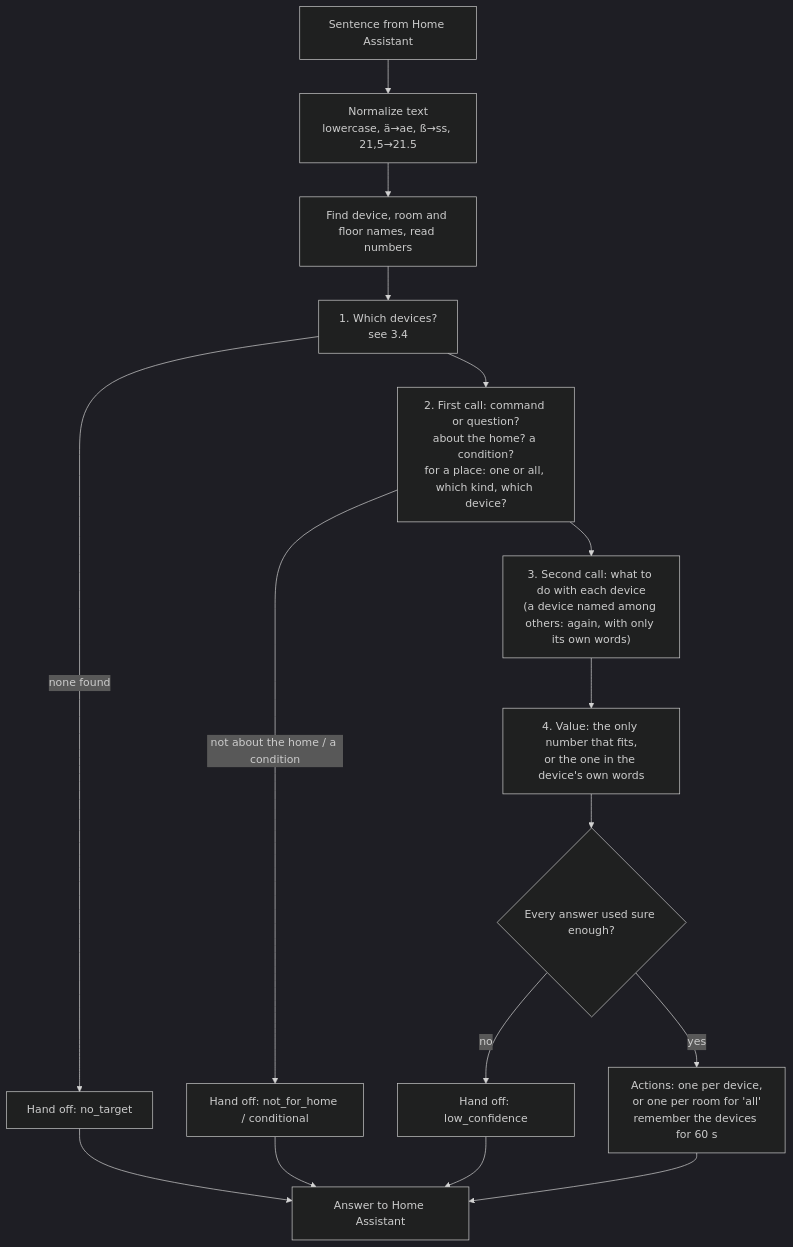
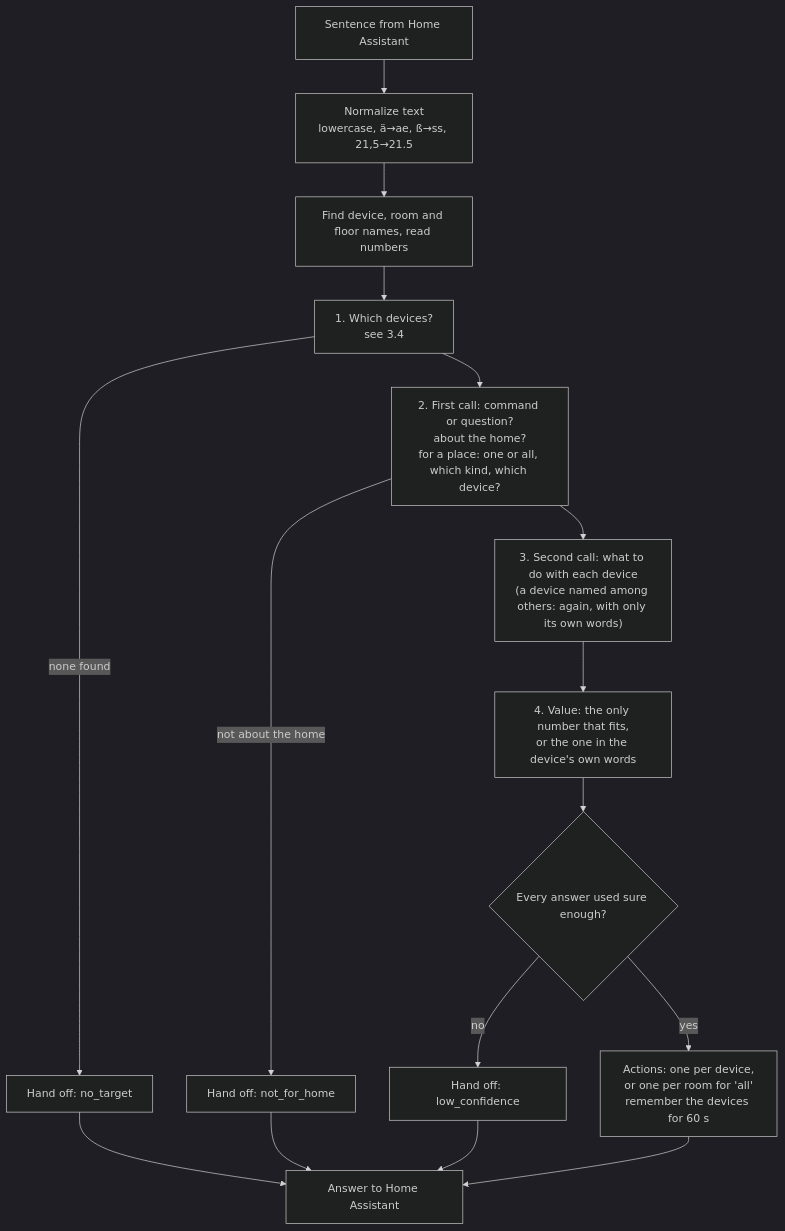
One commit to d00kIe/assist-decider changed the second of 5 diagrams in HOW-IT-WORKS.md. Above: the diagram before and after it, drawn with Mermaid (dark theme). The commit also changed other lines of this file and 9 other files, not shown here.

First line of the commit message:
Remove conditions; the "about the home?" answer lists the home's devices

````diff
--- a/HOW-IT-WORKS.md
+++ b/HOW-IT-WORKS.md
@@ -250,18 +249,18 @@
 ```mermaid
 flowchart TD
     A["Sentence from Home Assistant"] --> B["Normalize text<br/>lowercase, ä→ae, ß→ss, 21,5→21.5"]
     B --> C["Find device, room and floor names, read numbers"]
     C --> E["1. Which devices?<br/>see 3.4"]
     E -- "none found" --> Y["Hand off: no_target"]
-    E --> F["2. First call: command or question?<br/>about the home? a condition?<br/>for a place: one or all, which kind, which device?"]
-    F -- "not about the home / a condition" --> X["Hand off: not_for_home / conditional"]
+    E --> F["2. First call: command or question?<br/>about the home?<br/>for a place: one or all, which kind, which device?"]
+    F -- "not about the home" --> X["Hand off: not_for_home"]
     F --> G["3. Second call: what to do with each device<br/>(a device named among others: again, with only its own words)"]
     G --> I["4. Value: the only number that fits,<br/>or the one in the device's own words"]
     I --> K{"Every answer used sure enough?"}
     K -- no --> Z["Hand off: low_confidence"]
     K -- yes --> L["Actions: one per device,<br/>or one per room for 'all'<br/>remember the devices for 60 s"]
     X --> R["Answer to Home Assistant"]
     Y --> R
     Z --> R
     L --> R
 ```
````
